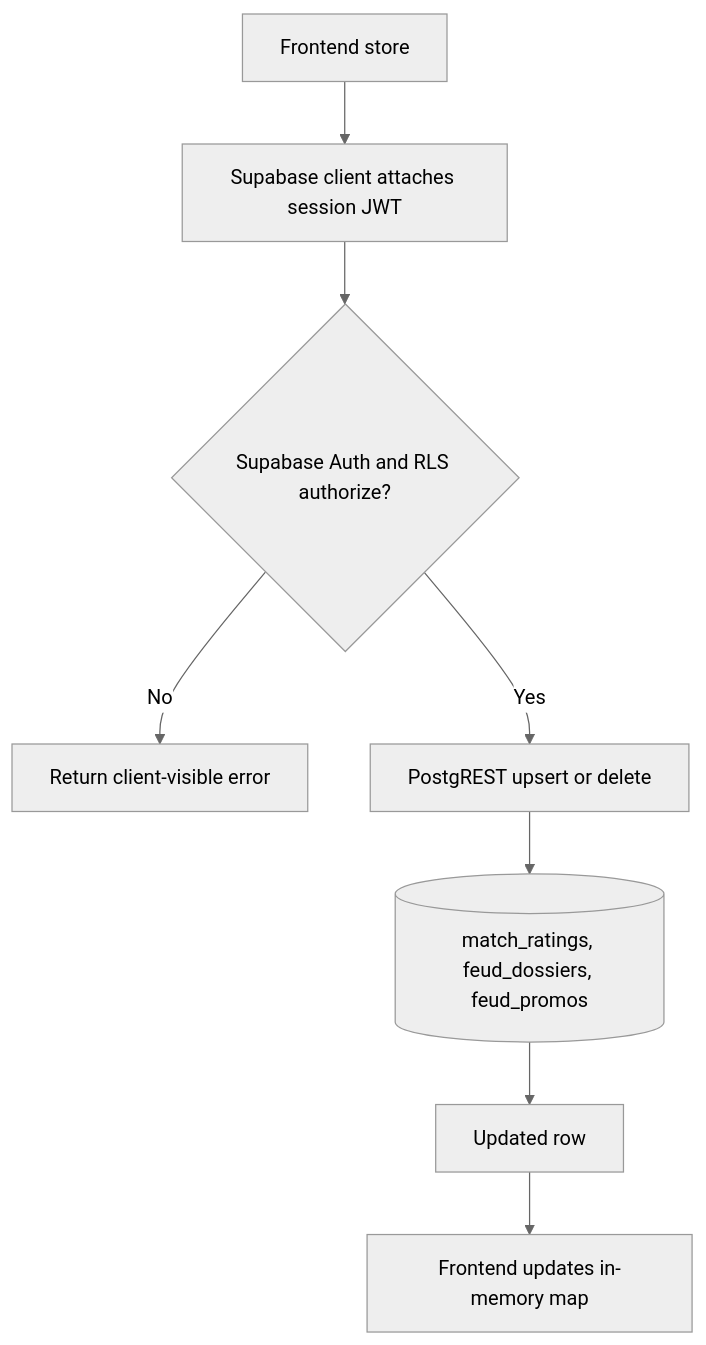
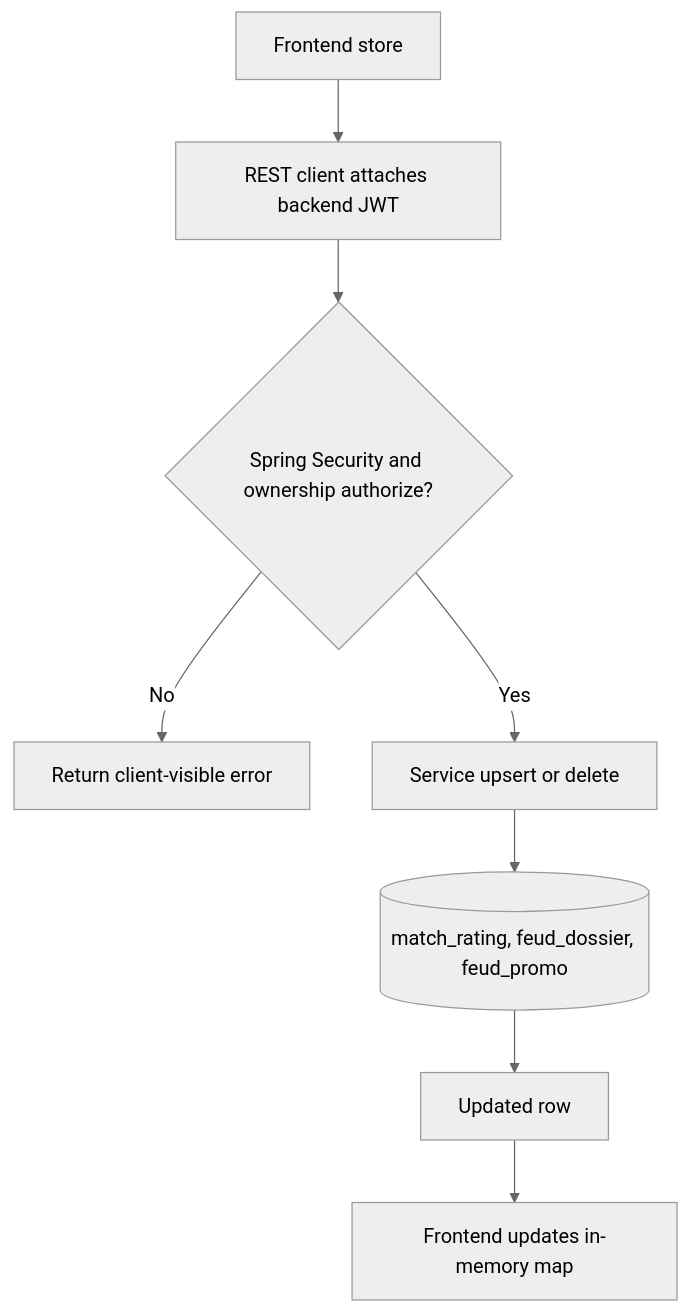
One commit to BitStunner/TopRopes-Backend changed the second of 3 diagrams in docs/architecture/FLOWCHART.md. Above: the diagram before and after it, drawn with Mermaid. The commit also changed other lines of this file and 28 other files, not shown here.

Commit message:
remove supabase match frontend

````diff
--- a/docs/architecture/FLOWCHART.md
+++ b/docs/architecture/FLOWCHART.md
@@ -19,11 +19,11 @@
 ```mermaid
 %%{init: {'theme': 'neutral'}}%%
 flowchart TD
-  A[Frontend store] --> B[Supabase client attaches session JWT]
-  B --> C{Supabase Auth and RLS authorize?}
+  A[Frontend store] --> B[REST client attaches backend JWT]
+  B --> C{Spring Security and ownership authorize?}
   C -- No --> D[Return client-visible error]
-  C -- Yes --> E[PostgREST upsert or delete]
-  E --> F[(match_ratings, feud_dossiers, feud_promos)]
+  C -- Yes --> E[Service upsert or delete]
+  E --> F[(match_rating, feud_dossier, feud_promo)]
   F --> G[Updated row]
   G --> H[Frontend updates in-memory map]
 ```
````
